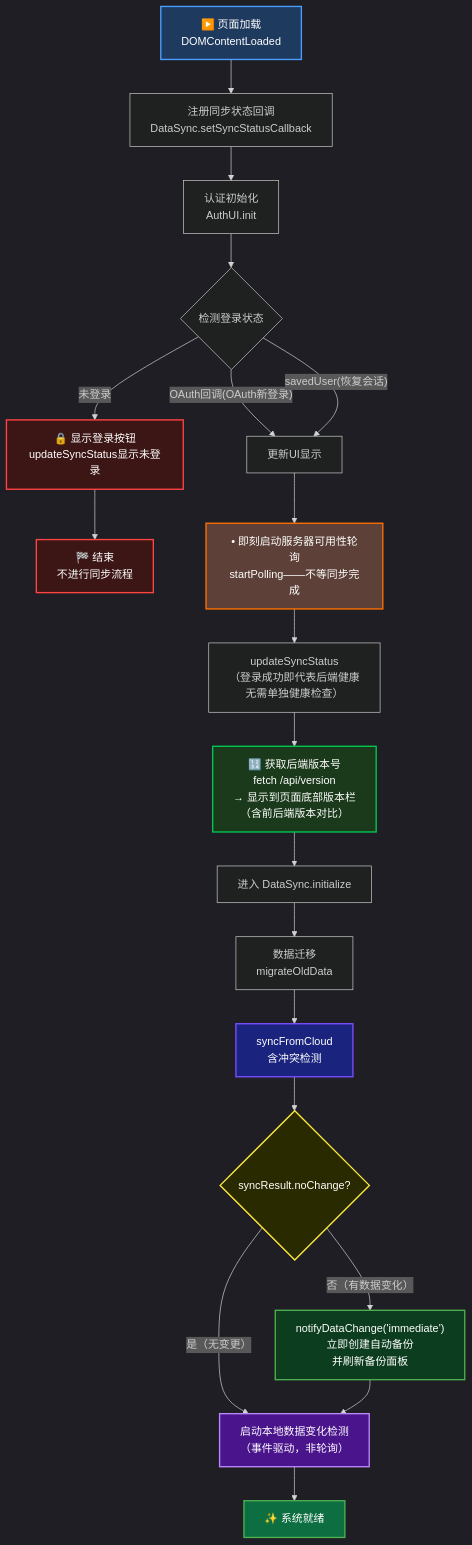
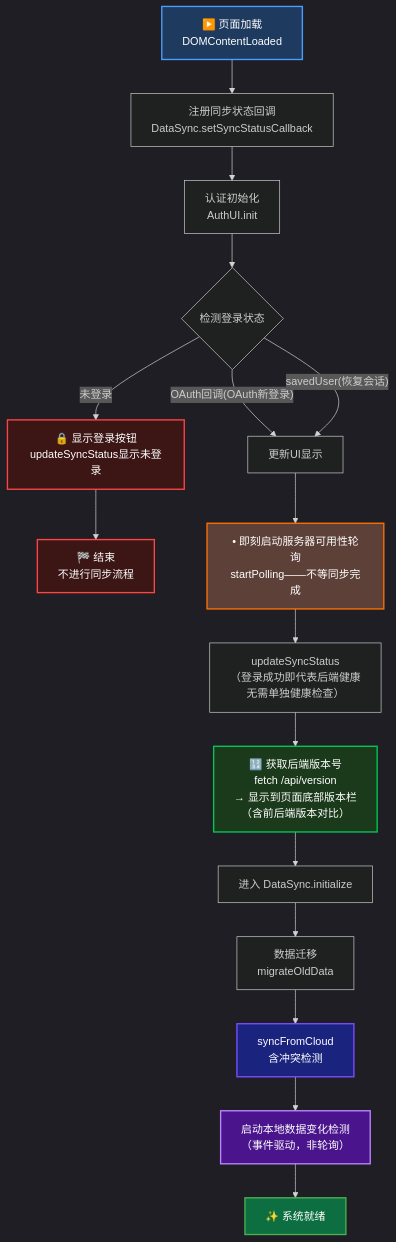
Before and after one commit to Fuck996/yanyu_tools: the first of 4 diagrams in doc/FLOWCHART_DIAGRAMS.md, drawn with Mermaid. The commit also changed other lines of this file, not shown here.

Commit message:
fix: flowchart1 remove redundant KC/KB nodes, syncFromCloud handles backup internally

````diff
--- a/doc/FLOWCHART_DIAGRAMS.md
+++ b/doc/FLOWCHART_DIAGRAMS.md
@@ -31,39 +31,34 @@
 ```mermaid
 %%{init: {'theme':'dark'}}%%
 graph TD
     A["▶️ 页面加载<br/>DOMContentLoaded"] --> B["注册同步状态回调<br/>DataSync.setSyncStatusCallback"]
     B --> C["认证初始化<br/>AuthUI.init"]
 
     C --> D{"检测登录状态"}
 
     D -->|"OAuth回调(OAuth新登录)"| E["更新UI显示"]
     D -->|"savedUser(恢复会话)"| E
     D -->|"未登录"| F["🔒 显示登录按钮<br/>updateSyncStatus显示未登录"]
     F --> Z["🏁 结束<br/>不进行同步流程"]
 
     E --> G["• 即刻启动服务器可用性轮询<br/>startPolling——不等同步完成"]
     G --> H["updateSyncStatus<br/>（登录成功即代表后端健康<br/>无需单独健康检查）"]
     H --> VER["🔢 获取后端版本号<br/>fetch /api/version<br/>→ 显示到页面底部版本栏<br/>（含前后端版本对比）"]
     VER --> I["进入 DataSync.initialize"]
 
     I --> J["数据迁移<br/>migrateOldData"]
     J --> K["syncFromCloud<br/>含冲突检测"]
-    K --> KC{syncResult.noChange?}
-    KC -->|"是（无变更）"| M
-    KC -->|"否（有数据变化）"| KB["notifyDataChange('immediate')<br/>立即创建自动备份<br/>并刷新备份面板"]
-    KB --> M
+    K --> M
 
     M["启动本地数据变化检测<br/>（事件驱动，非轮询）"]
     M --> O["✨ 系统就绪"]
 
     style A fill:#1e3a5f,stroke:#4a9eff,stroke-width:2px,color:#fff
     style F fill:#3c1515,stroke:#ff4444,stroke-width:2px,color:#fff
     style Z fill:#3c1515,stroke:#ff4444,stroke-width:2px,color:#fff
     style G fill:#5d4037,stroke:#ff6f00,stroke-width:2px,color:#fff
     style VER fill:#1b3a1b,stroke:#00c853,stroke-width:2px,color:#fff
     style K fill:#1a237e,stroke:#7c4dff,stroke-width:2px,color:#fff
-    style KB fill:#0d3d1f,stroke:#4caf50,stroke-width:2px,color:#fff
-    style KC fill:#2a2a00,stroke:#ffeb3b,stroke-width:2px,color:#fff
     style M fill:#4a148c,stroke:#bb86fc,stroke-width:2px,color:#fff
     style O fill:#0d6e41,stroke:#4caf50,stroke-width:2px,color:#fff
 ```
````
